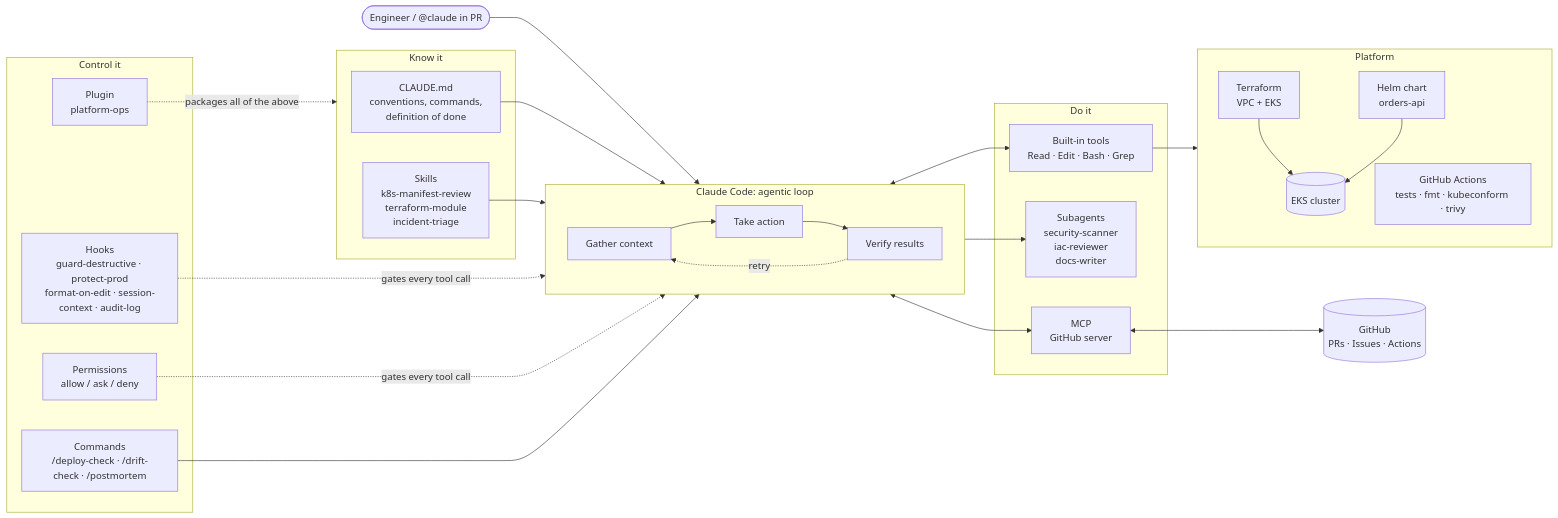
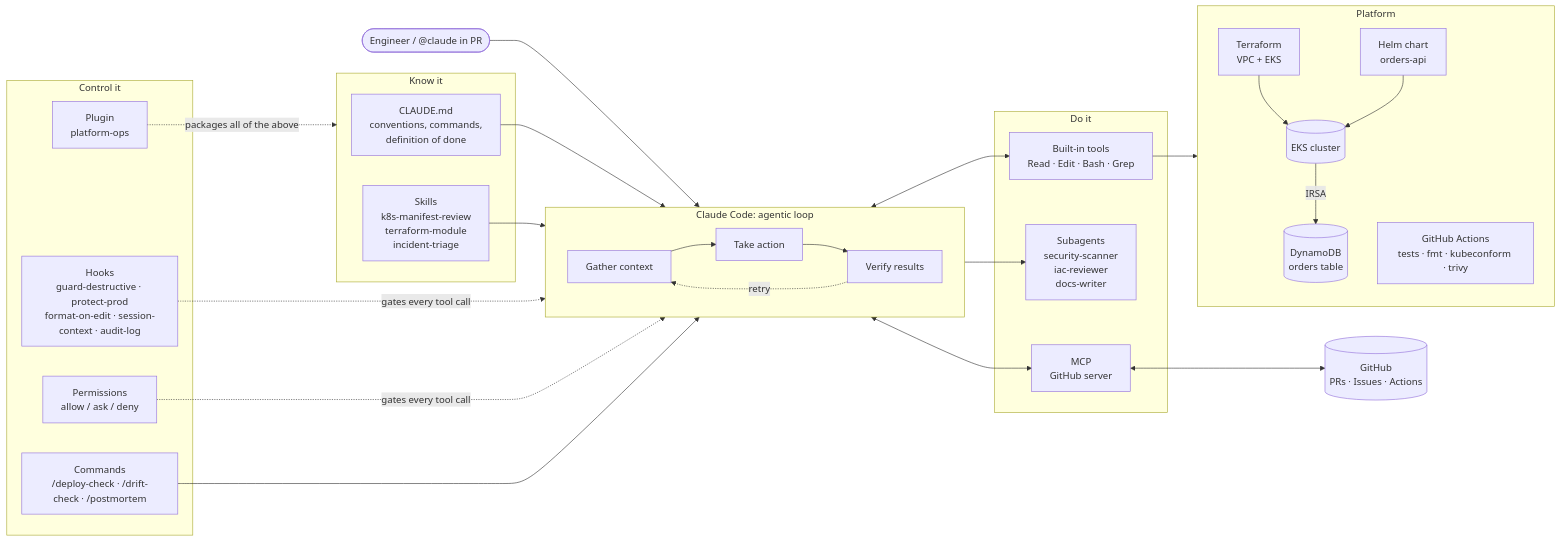
One commit to VenkatRamReddyjeggari/agentic-devops-platform changed the diagram in README.md. Above: the diagram before and after it, drawn with Mermaid. The commit also changed other lines of this file and 16 other files, not shown here.

First line of the commit message:
feat(app): store orders in DynamoDB via IRSA

````diff
--- a/README.md
+++ b/README.md
@@ -16,46 +16,47 @@
 ```mermaid
 flowchart LR
     U([Engineer / @claude in PR]) --> CC
 
     subgraph KNOW[Know it]
       MD[CLAUDE.md<br/>conventions, commands,<br/>definition of done]
       SK[Skills<br/>k8s-manifest-review<br/>terraform-module<br/>incident-triage]
     end
 
     subgraph CC[Claude Code: agentic loop]
       direction LR
       G[Gather context] --> A[Take action] --> V[Verify results]
       V -. retry .-> G
     end
 
     subgraph DO[Do it]
       T[Built-in tools<br/>Read · Edit · Bash · Grep]
       SA[Subagents<br/>security-scanner<br/>iac-reviewer<br/>docs-writer]
       MCP[MCP<br/>GitHub server]
     end
 
     subgraph CONTROL[Control it]
       H[Hooks<br/>guard-destructive · protect-prod<br/>format-on-edit · session-context · audit-log]
       P[Permissions<br/>allow / ask / deny]
       CMD[Commands<br/>/deploy-check · /drift-check · /postmortem]
       PL[Plugin<br/>platform-ops]
     end
 
     MD --> CC
     SK --> CC
     CC <--> T
     CC --> SA
     CC <--> MCP
     MCP <--> GH[(GitHub<br/>PRs · Issues · Actions)]
     H -. gates every tool call .-> CC
     P -. gates every tool call .-> CC
     CMD --> CC
     PL -. packages all of the above .-> KNOW
 
     T --> INFRA
     subgraph INFRA[Platform]
       TF[Terraform<br/>VPC + EKS] --> EKS[(EKS cluster)]
       HELM[Helm chart<br/>orders-api] --> EKS
+      EKS -- IRSA --> DDB[(DynamoDB<br/>orders table)]
       CI[GitHub Actions<br/>tests · fmt · kubeconform · trivy]
     end
 ```
````
